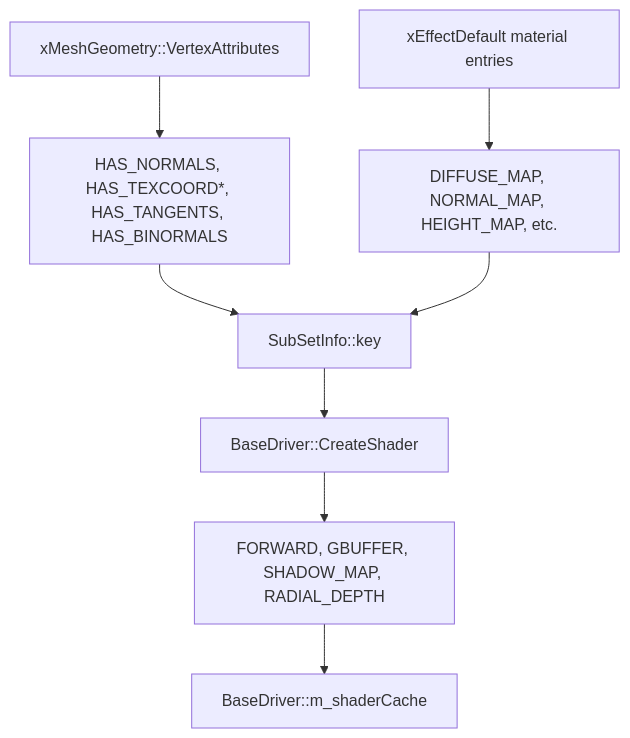
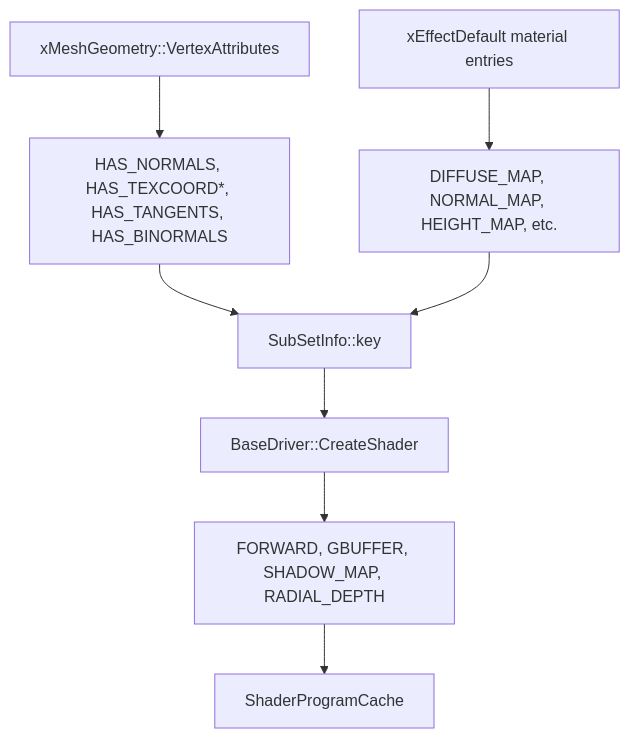
One commit to 0Camus0/T850 changed the second of 3 diagrams in documentation/rendering/shader-management.md. Above: the diagram before and after it, drawn with Mermaid. The commit also changed other lines of this file and 31 other files, not shown here.

````diff
--- a/documentation/rendering/shader-management.md
+++ b/documentation/rendering/shader-management.md
@@ -672,10 +677,10 @@
 ```mermaid
 flowchart TD
   XGeom["xMeshGeometry::VertexAttributes"] --> VertexBits["HAS_NORMALS, HAS_TEXCOORD*, HAS_TANGENTS, HAS_BINORMALS"]
   Material["xEffectDefault material entries"] --> FeatureBits["DIFFUSE_MAP, NORMAL_MAP, HEIGHT_MAP, etc."]
   VertexBits --> SubsetKey["SubSetInfo::key"]
   FeatureBits --> SubsetKey
   SubsetKey --> Compile["BaseDriver::CreateShader"]
   Compile --> Variants["FORWARD, GBUFFER, SHADOW_MAP, RADIAL_DEPTH"]
-  Variants --> Cache["BaseDriver::m_shaderCache"]
+  Variants --> Cache["ShaderProgramCache"]
 ```
````
